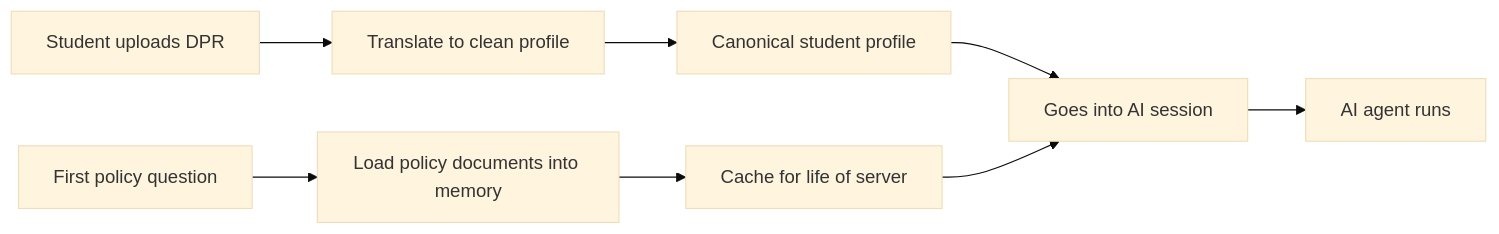
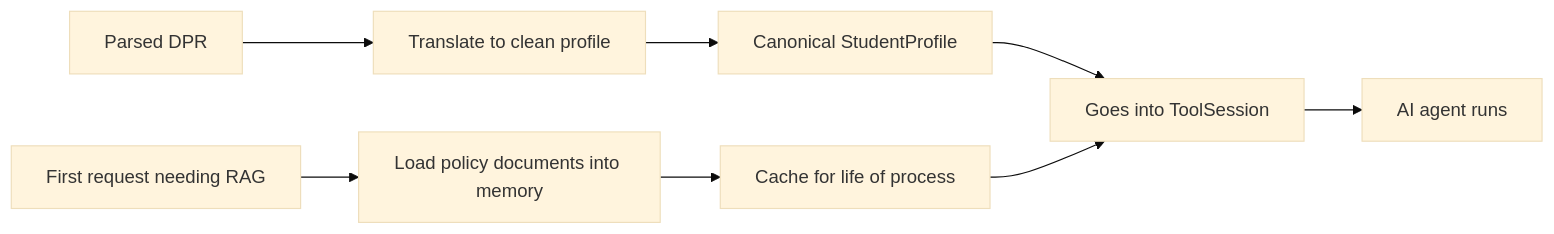
Before and after one commit to EdoardoMongardi/NYU_Path: the first of 3 diagrams in Docs/current-system/web/build-session.md, drawn with Mermaid (base theme). The commit also changed other lines of this file and 73 other files, not shown here.

````diff
--- a/Docs/current-system/web/build-session.md
+++ b/Docs/current-system/web/build-session.md
@@ -7,10 +9,10 @@
 ```mermaid
 flowchart LR
-    Upload[Student uploads DPR] --> Builder[Translate to clean profile]
-    Builder --> Profile[Canonical student profile]
-    FirstRequest[First policy question] --> RAG[Load policy documents into memory]
-    RAG --> Cache[Cache for life of server]
-    Profile --> Session[Goes into AI session]
+    Upload[Parsed DPR] --> Builder[Translate to clean profile]
+    Builder --> Profile[Canonical StudentProfile]
+    FirstRequest[First request needing RAG] --> RAG[Load policy documents into memory]
+    RAG --> Cache[Cache for life of process]
+    Profile --> Session[Goes into ToolSession]
     Cache --> Session
     Session --> Agent[AI agent runs]
 ```
````
